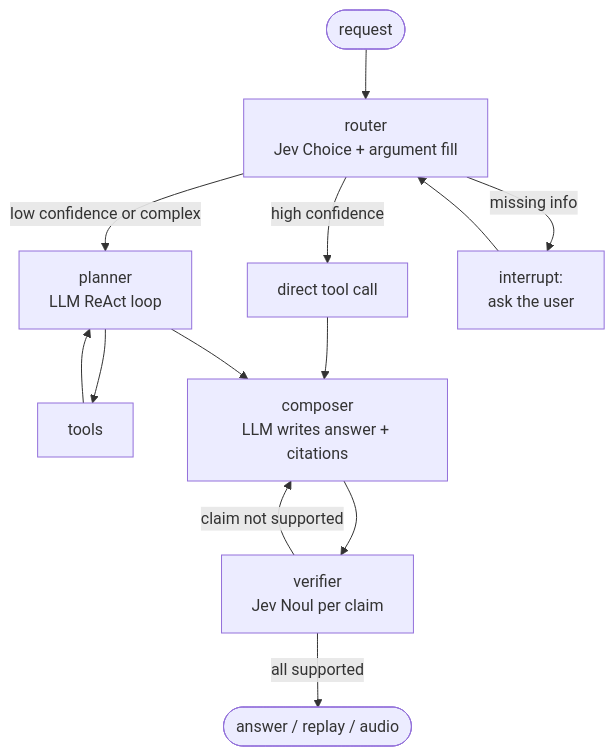
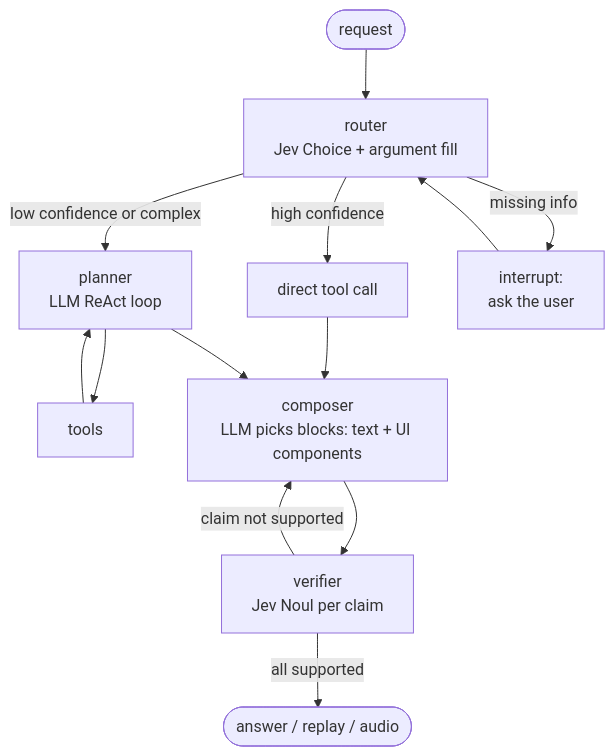
One commit to firascodes/pitwall changed the second of 2 diagrams in docs/architecture.md. Above: the diagram before and after it, drawn with Mermaid. The commit also changed other lines of this file, not shown here.

Commit message:
Plan hybrid answers: the agent replies with text plus components from a fixed catalog.

````diff
--- a/docs/architecture.md
+++ b/docs/architecture.md
@@ -245,15 +245,15 @@
 ```mermaid
 flowchart TD
   START([request]) --> ROUTE[router<br/>Jev Choice + argument fill]
   ROUTE -->|high confidence| FAST[direct tool call]
   ROUTE -->|low confidence or complex| PLAN[planner<br/>LLM ReAct loop]
   ROUTE -->|missing info| ASK[interrupt:<br/>ask the user]
   ASK --> ROUTE
   PLAN --> TOOLS[tools]
   TOOLS --> PLAN
   FAST --> COMPOSE
-  PLAN --> COMPOSE[composer<br/>LLM writes answer + citations]
+  PLAN --> COMPOSE[composer<br/>LLM picks blocks: text + UI components]
   COMPOSE --> VERIFY[verifier<br/>Jev Noul per claim]
   VERIFY -->|claim not supported| COMPOSE
   VERIFY -->|all supported| OUT([answer / replay / audio])
 ```
````
